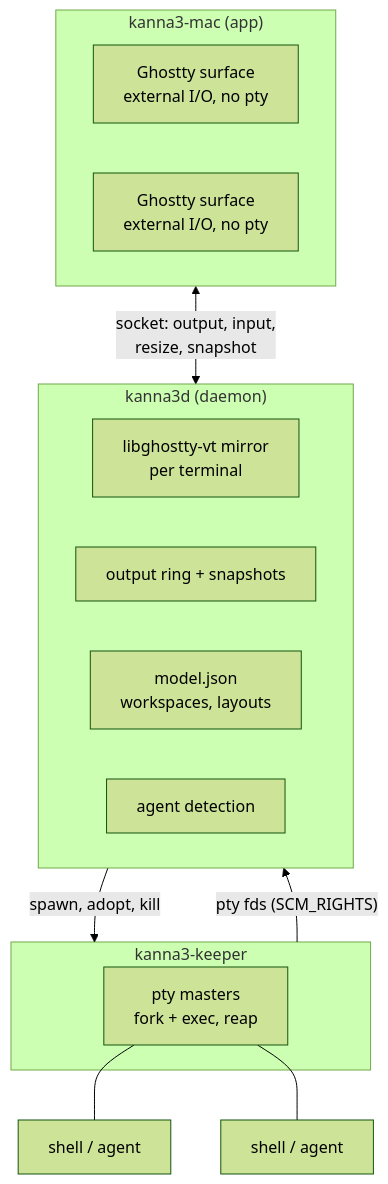
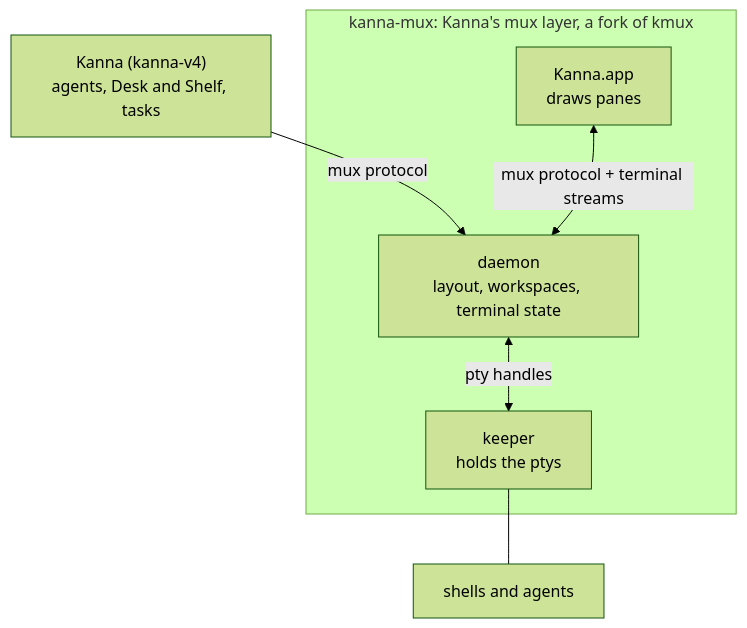
Before and after one commit to jemdiggity/kanna-v4: the first of 10 diagrams in docs/research/mux-architecture.md, drawn with Mermaid (forest theme). The commit also changed other lines of this file, not shown here.

Commit message:
Mux architecture: kmux restructured as client/server, kanna-mux adds keeper and daemon terminals

````diff
--- a/docs/research/mux-architecture.md
+++ b/docs/research/mux-architecture.md
@@ -35,23 +22,14 @@
 ```mermaid
 flowchart TB
-    subgraph APP["kanna3-mac (app)"]
-        S1["Ghostty surface<br/>external I/O, no pty"]
-        S2["Ghostty surface<br/>external I/O, no pty"]
+    KANNA["Kanna (kanna-v4)<br/>agents, Desk and Shelf, tasks"]
+    subgraph MUX["kanna-mux: Kanna's mux layer, a fork of kmux"]
+        APP["Kanna.app<br/>draws panes"]
+        DAEMON["daemon<br/>layout, workspaces, terminal state"]
+        KEEPER["keeper<br/>holds the ptys"]
     end
-    subgraph D["kanna3d (daemon)"]
-        M["libghostty-vt mirror<br/>per terminal"]
-        R["output ring + snapshots"]
-        MOD["model.json<br/>workspaces, layouts"]
-        DET["agent detection"]
-    end
-    subgraph K["kanna3-keeper"]
-        P["pty masters<br/>fork + exec, reap"]
-    end
-    SH1["shell / agent"]
-    SH2["shell / agent"]
-    APP <-->|"socket: output, input,<br/>resize, snapshot"| D
-    K -->|"pty fds (SCM_RIGHTS)"| D
-    D -->|"spawn, adopt, kill"| K
-    P --- SH1
-    P --- SH2
+    SH["shells and agents"]
+    KANNA -->|"mux protocol"| DAEMON
+    APP <-->|"mux protocol + terminal streams"| DAEMON
+    DAEMON <-->|"pty handles"| KEEPER
+    KEEPER --- SH
 ```
````
